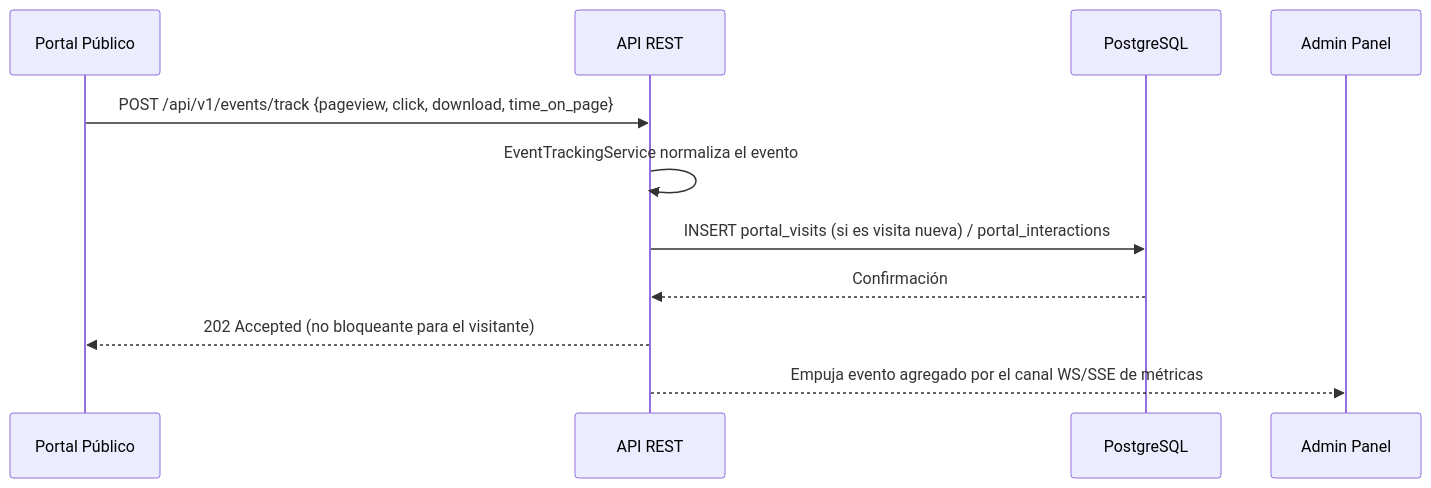
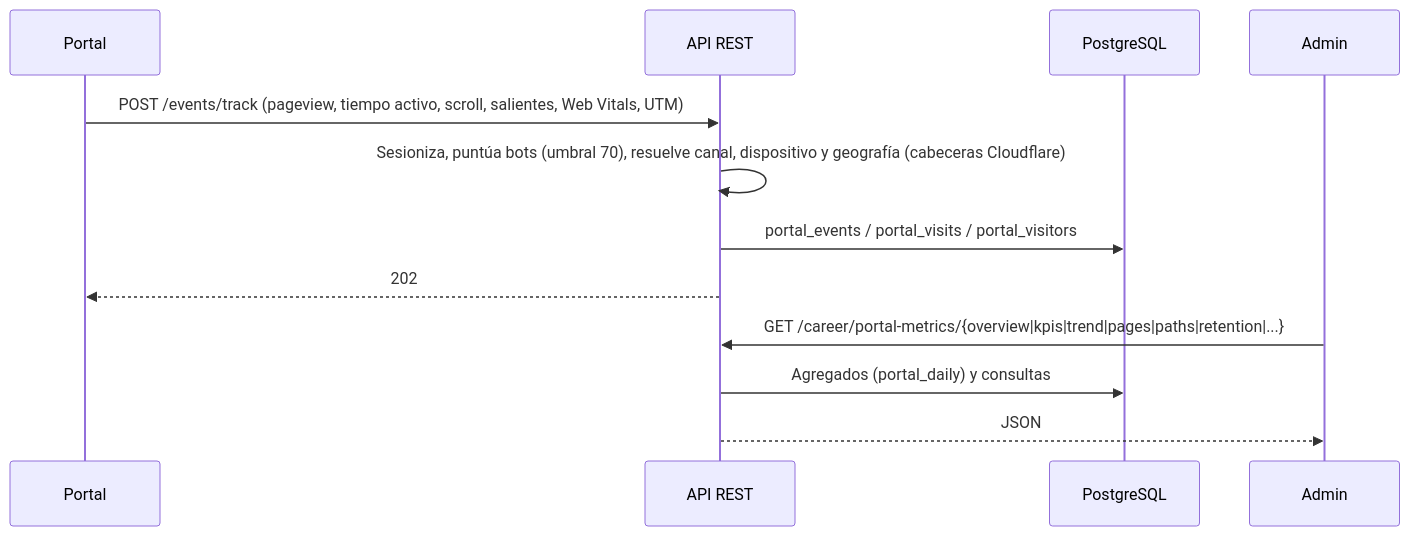
One commit to cjhirashi/cjhirashi-career changed the eighth of 8 diagrams in docs/06-RUNTIME-VIEW.md. Above: the diagram before and after it, drawn with Mermaid. The commit also changed other lines of this file and 28 other files, not shown here.

````diff
--- a/docs/06-RUNTIME-VIEW.md
+++ b/docs/06-RUNTIME-VIEW.md
@@ -311,14 +212,15 @@
 ```mermaid
 sequenceDiagram
-    participant Portal as Portal Público
+    participant P as Portal
     participant API as API REST
     participant DB as PostgreSQL
-    participant Admin as Admin Panel
+    participant A as Admin
 
-    Portal->>API: POST /api/v1/events/track {pageview, click, download, time_on_page}
-    API->>API: EventTrackingService normaliza el evento
-    API->>DB: INSERT portal_visits (si es visita nueva) / portal_interactions
-    DB-->>API: Confirmación
-    API-->>Portal: 202 Accepted (no bloqueante para el visitante)
-    API-->>Admin: Empuja evento agregado por el canal WS/SSE de métricas
+    P->>API: POST /events/track (pageview, tiempo activo, scroll, salientes, Web Vitals, UTM)
+    API->>API: Sesioniza, puntúa bots (umbral 70), resuelve canal, dispositivo y geografía (cabeceras Cloudflare)
+    API->>DB: portal_events / portal_visits / portal_visitors
+    API-->>P: 202
+    A->>API: GET /career/portal-metrics/{overview|kpis|trend|pages|paths|retention|...}
+    API->>DB: Agregados (portal_daily) y consultas
+    API-->>A: JSON
 ```
````
